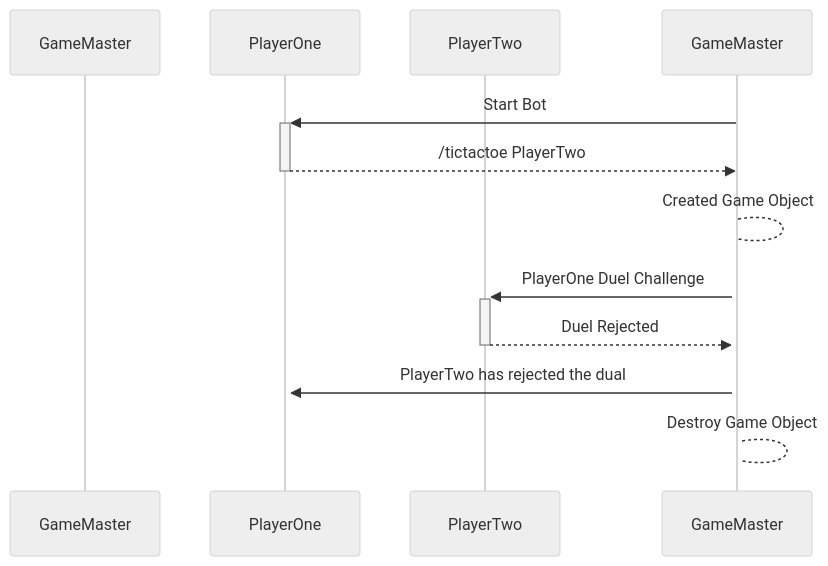
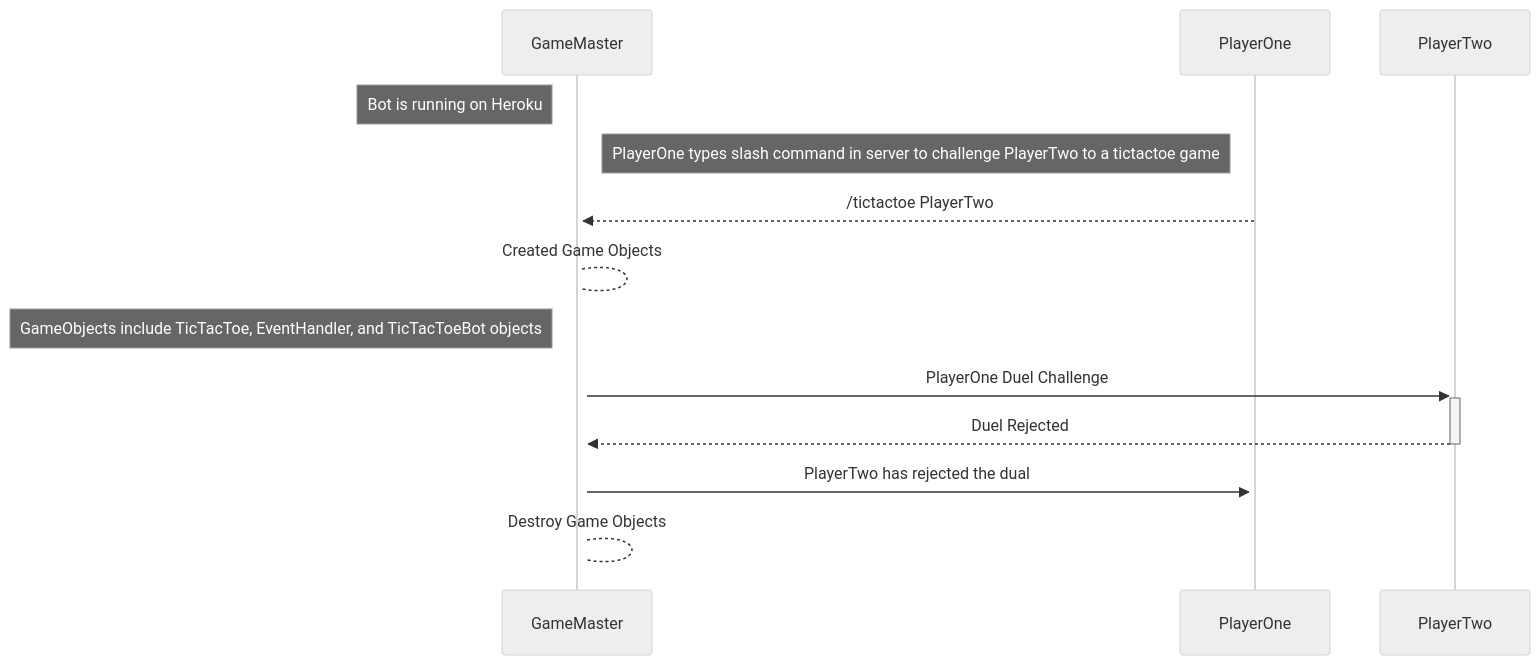
One commit to cis3296f22/GameMaster changed the diagram in uml_Sequence_RejectDuel.md. Above: the diagram before and after it, drawn with Mermaid (neutral theme).

````diff
--- a/uml_Sequence_RejectDuel.md
+++ b/uml_Sequence_RejectDuel.md
@@ -3,16 +3,17 @@
 ```mermaid
 sequenceDiagram
   
-    participant Main as GameMaster
+    participant GameMaster as GameMaster
     participant PlayerOne as PlayerOne
     participant PlayerTwo as PlayerTwo
-    
-    GameMaster->>+PlayerOne: Start Bot
-    PlayerOne-->>-GameMaster: /tictactoe PlayerTwo
-    GameMaster-->+GameMaster: Created Game Object
+    Note left of GameMaster: Bot is running on Heroku
+    Note left of PlayerOne: PlayerOne types slash command in server to challenge PlayerTwo to a tictactoe game
+    PlayerOne-->>+GameMaster: /tictactoe PlayerTwo
+    GameMaster-->+GameMaster: Created Game Objects
+    Note left of GameMaster: GameObjects include TicTacToe, EventHandler, and TicTacToeBot objects
     GameMaster->>+PlayerTwo: PlayerOne Duel Challenge
     PlayerTwo-->>-GameMaster: Duel Rejected
     GameMaster->>+PlayerOne: PlayerTwo has rejected the dual
-    GameMaster-->+GameMaster: Destroy Game Object
+    GameMaster-->+GameMaster: Destroy Game Objects
     
 ```
````
